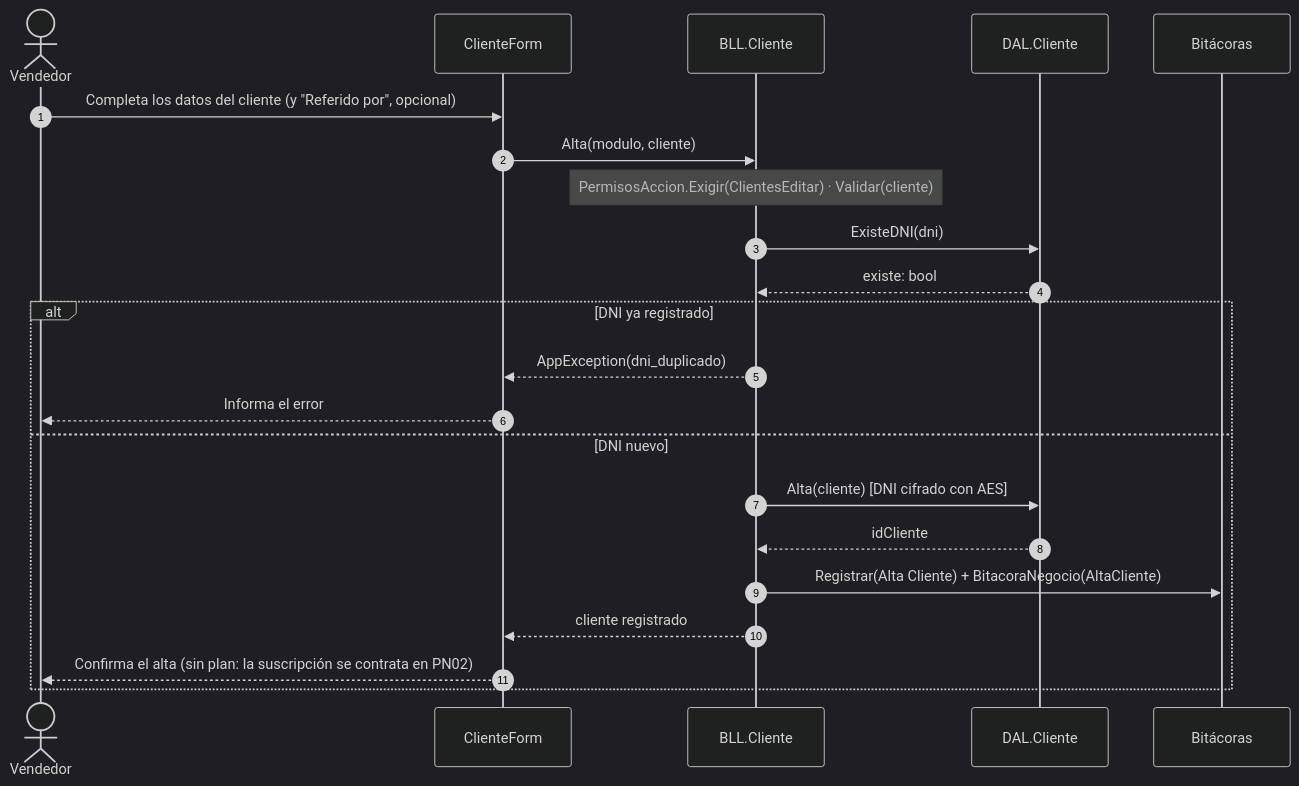
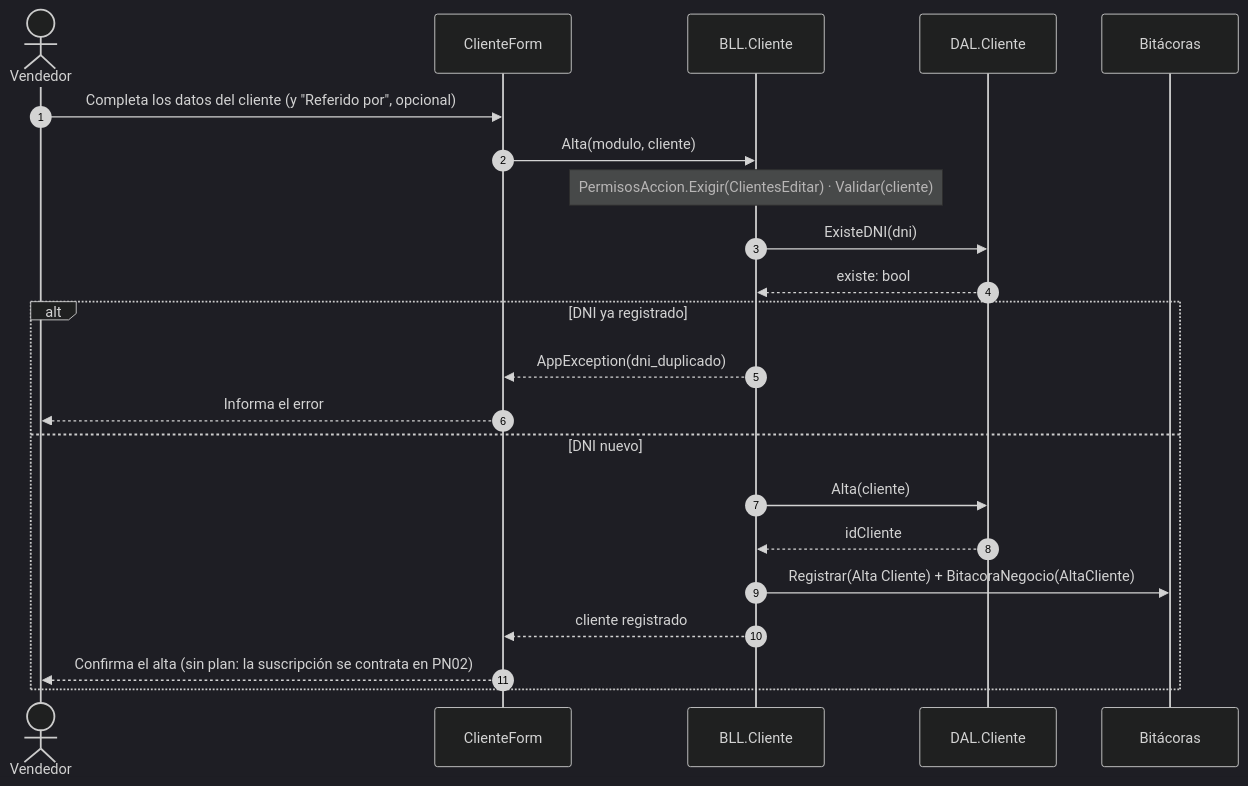
The diagram in docs/diagramas/mermaid/DSS_N01_CU01_GestionarCliente.mmd (valentinamorana/Trabajo-de-Diploma), drawn with Mermaid (dark theme) before and after one commit. The commit also changed 9 other files, not shown here.

First line of the commit message:
Quita el cifrado AES del DNI de clientes y empleados

```diff
--- a/docs/diagramas/mermaid/DSS_N01_CU01_GestionarCliente.mmd
+++ b/docs/diagramas/mermaid/DSS_N01_CU01_GestionarCliente.mmd
@@ -1,22 +1,22 @@
 sequenceDiagram
   autonumber
   actor V as Vendedor
   participant F as ClienteForm
   participant B as BLL.Cliente
   participant D as DAL.Cliente
   participant L as Bitácoras
   V->>F: Completa los datos del cliente (y "Referido por", opcional)
   F->>B: Alta(modulo, cliente)
   Note over B: PermisosAccion.Exigir(ClientesEditar) · Validar(cliente)
   B->>D: ExisteDNI(dni)
   D-->>B: existe: bool
   alt DNI ya registrado
     B-->>F: AppException(dni_duplicado)
     F-->>V: Informa el error
   else DNI nuevo
-    B->>D: Alta(cliente)  [DNI cifrado con AES]
+    B->>D: Alta(cliente)
     D-->>B: idCliente
     B->>L: Registrar(Alta Cliente) + BitacoraNegocio(AltaCliente)
     B-->>F: cliente registrado
     F-->>V: Confirma el alta (sin plan: la suscripción se contrata en PN02)
   end
```
